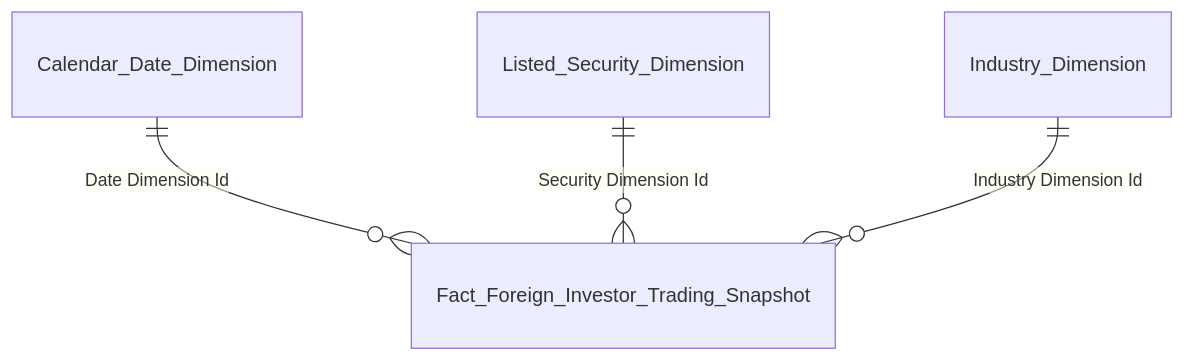
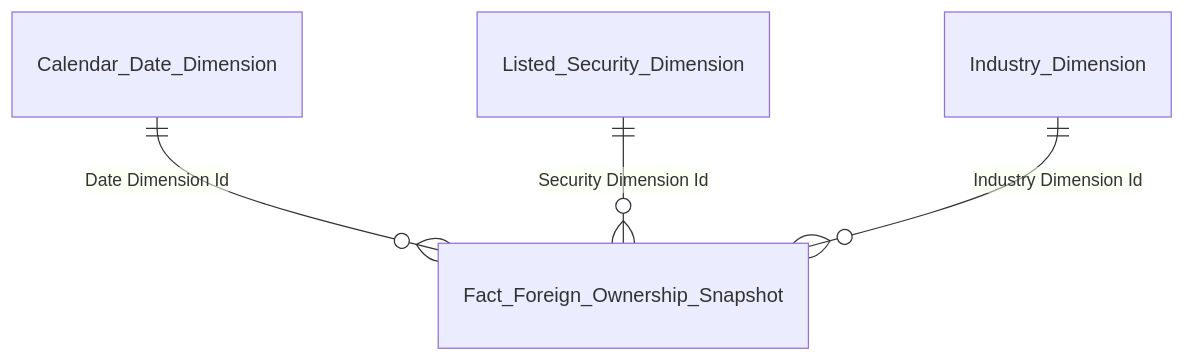
One commit to linhlvit/ubck_atomic_design changed diagram 17 of 20 in Gold/hld/GOLD_NDTNN_HLD.md. Above: the diagram before and after it, drawn with Mermaid. The commit also changed other lines of this file and 1 other file, not shown here.

````diff
--- a/Gold/hld/GOLD_NDTNN_HLD.md
+++ b/Gold/hld/GOLD_NDTNN_HLD.md
@@ -188,6 +527,6 @@
 ```mermaid
 erDiagram
-    Calendar_Date_Dimension ||--o{ Fact_Foreign_Investor_Trading_Snapshot : "Date Dimension Id"
-    Listed_Security_Dimension ||--o{ Fact_Foreign_Investor_Trading_Snapshot : "Security Dimension Id"
-    Industry_Dimension ||--o{ Fact_Foreign_Investor_Trading_Snapshot : "Industry Dimension Id"
+    Calendar_Date_Dimension ||--o{ Fact_Foreign_Ownership_Snapshot : "Date Dimension Id"
+    Listed_Security_Dimension ||--o{ Fact_Foreign_Ownership_Snapshot : "Security Dimension Id"
+    Industry_Dimension ||--o{ Fact_Foreign_Ownership_Snapshot : "Industry Dimension Id"
 ```
````
